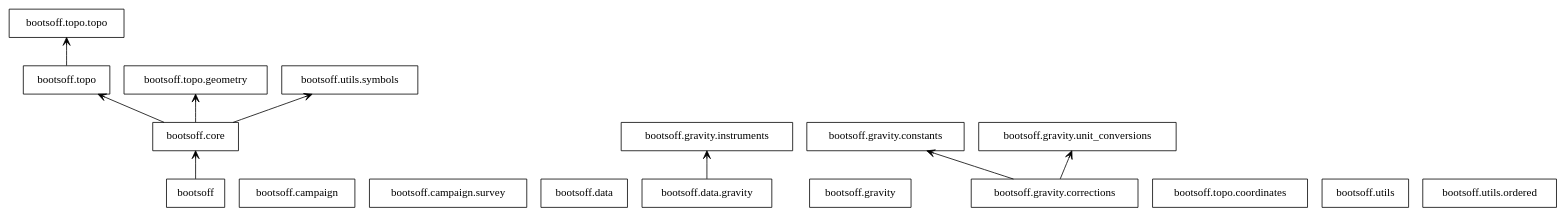
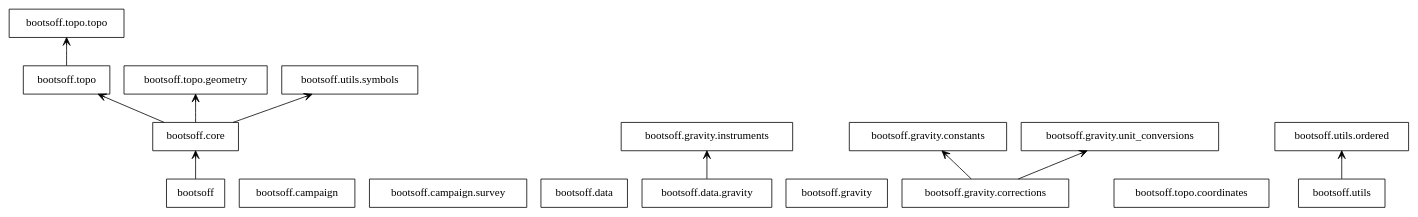
Before and after one commit to kaufmanno/BootsOff: the diagram in docs/source/uml/packages_uml_bootsoff.dot, drawn with Graphviz.

Commit message:
Build docs

```diff
--- a/docs/source/uml/packages_uml_bootsoff.dot
+++ b/docs/source/uml/packages_uml_bootsoff.dot
@@ -1,30 +1,31 @@
 digraph "packages_uml_bootsoff" {
 charset="utf-8"
 rankdir=BT
 "0" [label="bootsoff", shape="box"];
 "1" [label="bootsoff.campaign", shape="box"];
 "2" [label="bootsoff.campaign.survey", shape="box"];
 "3" [label="bootsoff.core", shape="box"];
 "4" [label="bootsoff.data", shape="box"];
 "5" [label="bootsoff.data.gravity", shape="box"];
 "6" [label="bootsoff.gravity", shape="box"];
 "7" [label="bootsoff.gravity.constants", shape="box"];
 "8" [label="bootsoff.gravity.corrections", shape="box"];
 "9" [label="bootsoff.gravity.instruments", shape="box"];
 "10" [label="bootsoff.gravity.unit_conversions", shape="box"];
 "11" [label="bootsoff.topo", shape="box"];
 "12" [label="bootsoff.topo.coordinates", shape="box"];
 "13" [label="bootsoff.topo.geometry", shape="box"];
 "14" [label="bootsoff.topo.topo", shape="box"];
 "15" [label="bootsoff.utils", shape="box"];
 "16" [label="bootsoff.utils.ordered", shape="box"];
 "17" [label="bootsoff.utils.symbols", shape="box"];
 "0" -> "3" [arrowhead="open", arrowtail="none"];
 "3" -> "11" [arrowhead="open", arrowtail="none"];
 "3" -> "13" [arrowhead="open", arrowtail="none"];
 "3" -> "17" [arrowhead="open", arrowtail="none"];
 "5" -> "9" [arrowhead="open", arrowtail="none"];
 "8" -> "7" [arrowhead="open", arrowtail="none"];
 "8" -> "10" [arrowhead="open", arrowtail="none"];
 "11" -> "14" [arrowhead="open", arrowtail="none"];
+"15" -> "16" [arrowhead="open", arrowtail="none"];
 }
```
